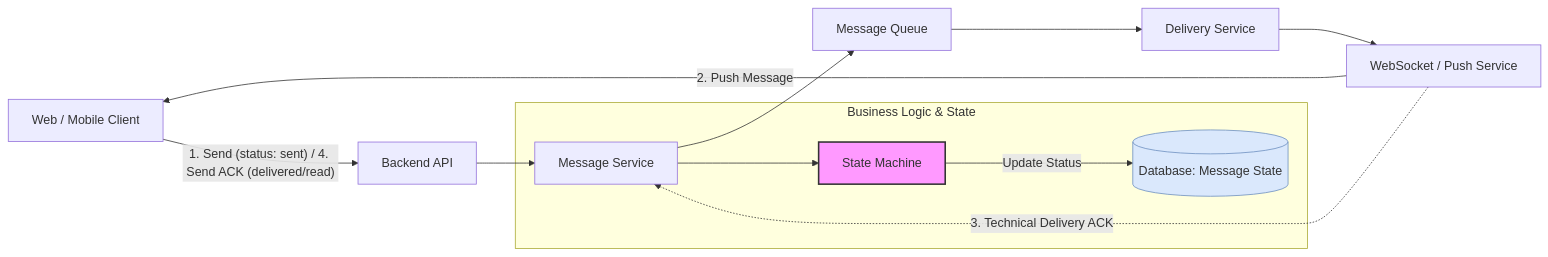
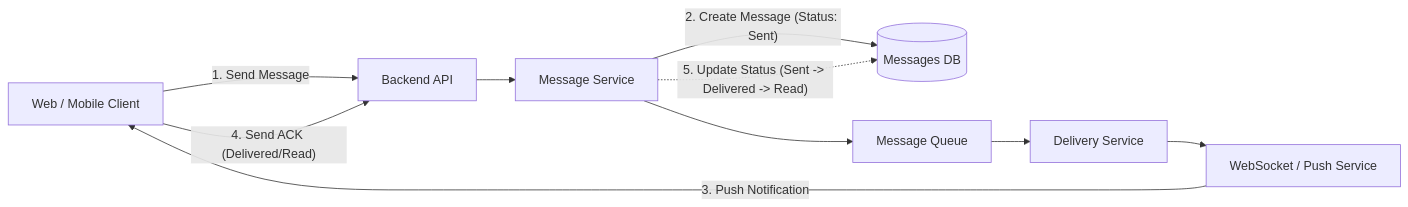
One commit to artembaranovsky1/Software-Design-and-Documentation_lab-1.1 changed the first of 3 diagrams in README.md. Above: the diagram before and after it, drawn with Mermaid.

````diff
--- a/README.md
+++ b/README.md
@@ -4,21 +4,16 @@
 ```mermaid
 graph LR
-    Client[Web / Mobile Client] -- "1. Send (status: sent) / 4. Send ACK (delivered/read)" --> API[Backend API]
+    Client[Web / Mobile Client] -- "1. Send Message" --> API[Backend API]
+    Client -- "4. Send ACK (Delivered/Read)" --> API
+    
     API --> MS[Message Service]
     
-    subgraph Logic [Business Logic & State]
-        MS --> SM[State Machine]
-        SM -- "Update Status" --> DB[(Database: Message State)]
-    end
-
+    MS -- "2. Create Message (Status: Sent)" --> DB[(Messages DB)]
+    MS -. "5. Update Status (Sent -> Delivered -> Read)" .-> DB
+    
     MS --> Queue[Message Queue]
     Queue --> DS[Delivery Service]
     DS --> WS[WebSocket / Push Service]
     
-    WS -- "2. Push Message" --> Client
-    WS -. "3. Technical Delivery ACK" .-> MS
-
-    %% Styling
-    style SM fill:#f9f,stroke:#333,stroke-width:2px
-    style DB fill:#dae8fc,stroke:#6c8ebf
+    WS -- "3. Push Notification" --> Client
 ```
````
